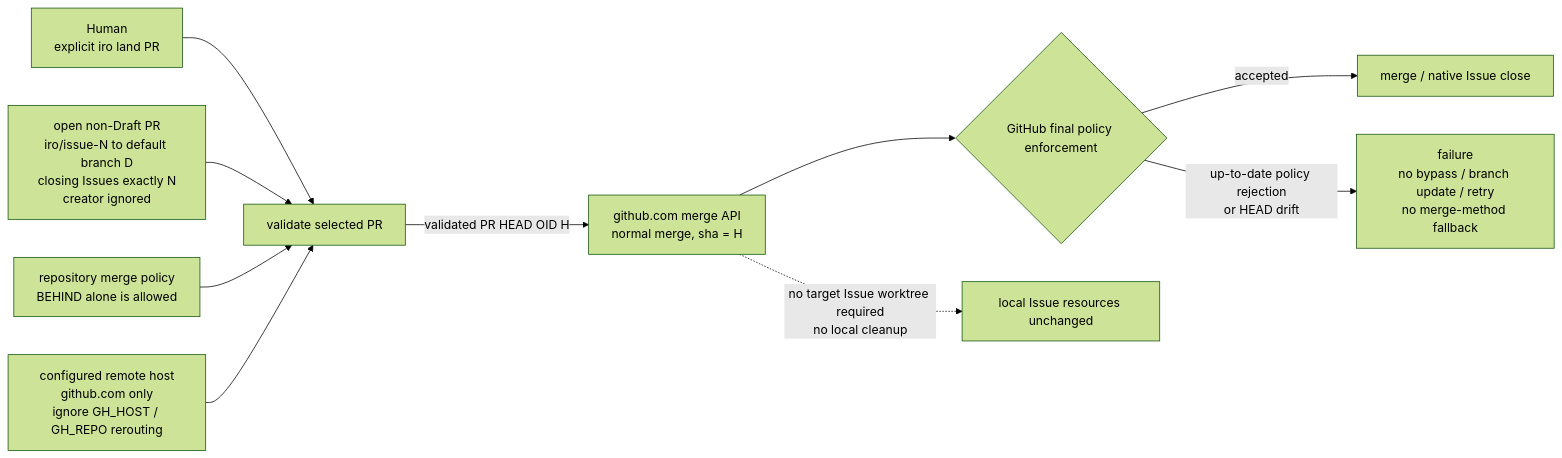
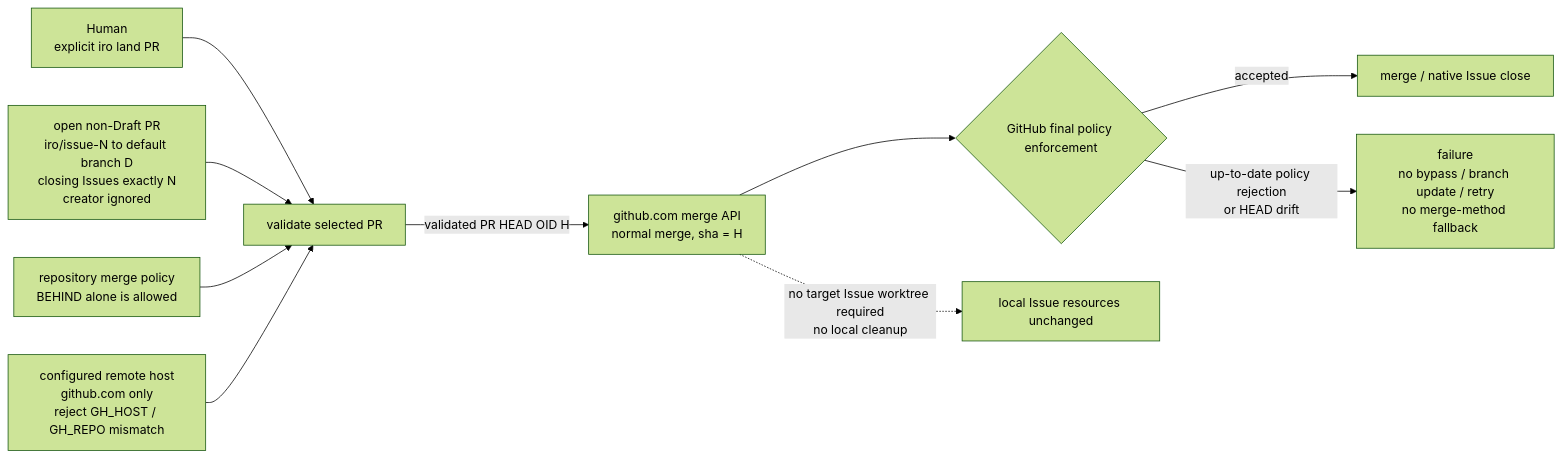
Before and after one commit to r-agatsuma/iro: the sixth of 7 diagrams in docs/architecture.md, drawn with Mermaid (forest theme). The commit also changed 17 other files, not shown here.

````diff
--- a/docs/architecture.md
+++ b/docs/architecture.md
@@ -129,12 +129,12 @@
 ```mermaid
 flowchart LR
     HUMAN["Human<br/>explicit iro land PR"] --> VALIDATE["validate selected PR"]
     REL["open non-Draft PR<br/>iro/issue-N to default branch D<br/>closing Issues exactly N<br/>creator ignored"] --> VALIDATE
     POLICY["repository merge policy<br/>BEHIND alone is allowed"] --> VALIDATE
-    HOST["configured remote host<br/>github.com only<br/>ignore GH_HOST / GH_REPO rerouting"] --> VALIDATE
+    HOST["configured remote host<br/>github.com only<br/>reject GH_HOST / GH_REPO mismatch"] --> VALIDATE
     VALIDATE -->|"validated PR HEAD OID H"| API["github.com merge API<br/>normal merge, sha = H"]
     API --> GITHUB{"GitHub final policy enforcement"}
     GITHUB -->|"accepted"| MERGED["merge / native Issue close"]
     GITHUB -->|"up-to-date policy rejection<br/>or HEAD drift"| FAILURE["failure<br/>no bypass / branch update / retry<br/>no merge-method fallback"]
     API -.->|"no target Issue worktree required<br/>no local cleanup"| LOCAL["local Issue resources unchanged"]
 ```
````
